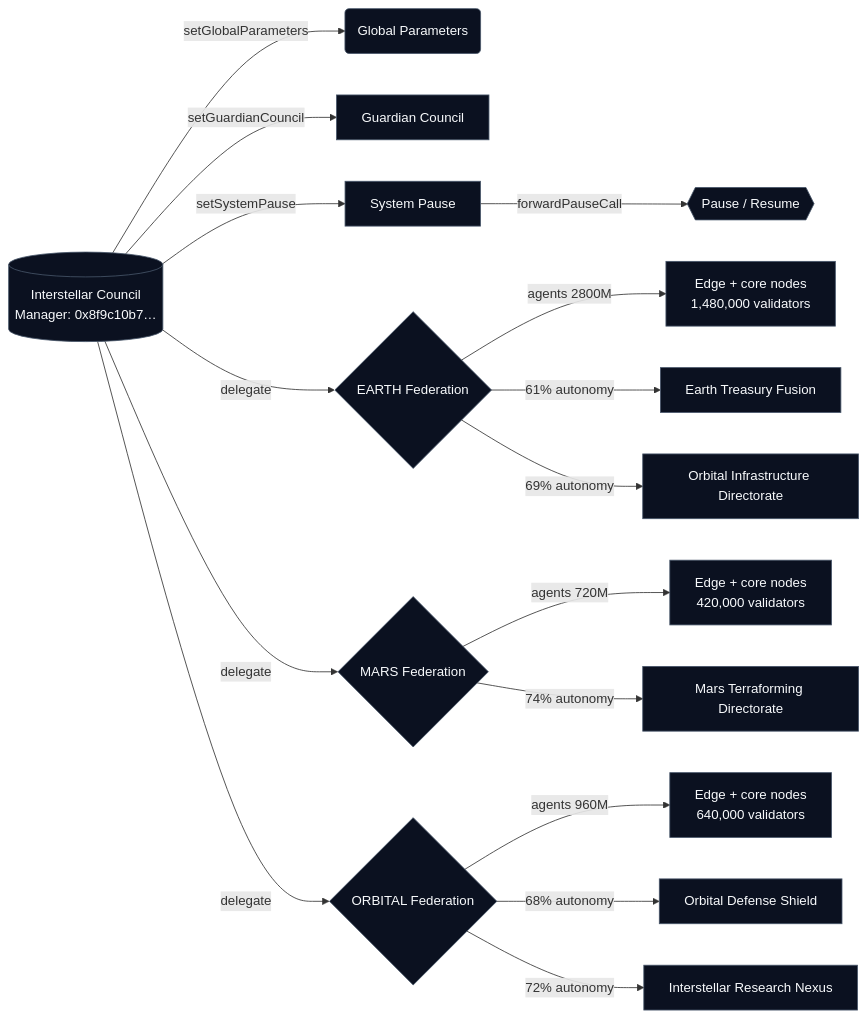
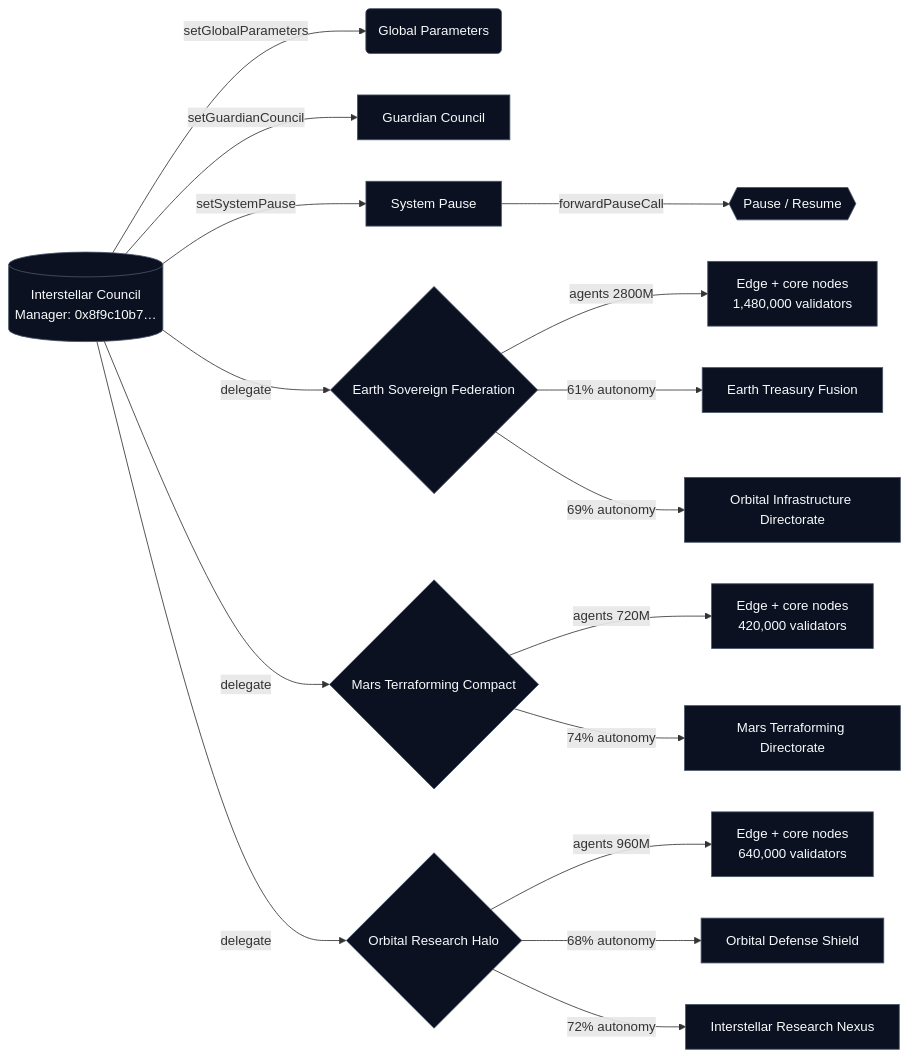
The diagram in demo/AGI-Jobs-Platform-at-Kardashev-II-Scale/output/kardashev-mermaid.mmd (MontrealAI/AGIJobsv0), drawn with Mermaid before and after one commit. The commit also changed 11 other files, not shown here.

```diff
--- a/demo/AGI-Jobs-Platform-at-Kardashev-II-Scale/output/kardashev-mermaid.mmd
+++ b/demo/AGI-Jobs-Platform-at-Kardashev-II-Scale/output/kardashev-mermaid.mmd
@@ -1,25 +1,25 @@
 %% Autogenerated by run-kardashev-demo.ts
 flowchart LR
   IC[(Interstellar Council\nManager: 0x8f9c10b7…)]
   IC -->|setGlobalParameters| GP(Global Parameters)
   IC -->|setGuardianCouncil| GC[Guardian Council]
   IC -->|setSystemPause| SP[System Pause]
   SP -->|forwardPauseCall| PAUSE{{Pause / Resume}}
-  IC -->|delegate| EARTH{EARTH Federation}
+  IC -->|delegate| EARTH{Earth Sovereign Federation}
   EARTH -->|agents 2800M| EARTH_AGENTS
   EARTH_AGENTS[Edge + core nodes\n1,480,000 validators]
   EARTH -->|61% autonomy| EARTH_ce4fee[Earth Treasury Fusion]
   EARTH -->|69% autonomy| EARTH_76f241[Orbital Infrastructure Directorate]
-  IC -->|delegate| MARS{MARS Federation}
+  IC -->|delegate| MARS{Mars Terraforming Compact}
   MARS -->|agents 720M| MARS_AGENTS
   MARS_AGENTS[Edge + core nodes\n420,000 validators]
   MARS -->|74% autonomy| MARS_2706c2[Mars Terraforming Directorate]
-  IC -->|delegate| ORBITAL{ORBITAL Federation}
+  IC -->|delegate| ORBITAL{Orbital Research Halo}
   ORBITAL -->|agents 960M| ORBITAL_AGENTS
   ORBITAL_AGENTS[Edge + core nodes\n640,000 validators]
   ORBITAL -->|68% autonomy| ORBITAL_864a5b[Orbital Defense Shield]
   ORBITAL -->|72% autonomy| ORBITAL_fc6a36[Interstellar Research Nexus]
   classDef council fill:#0f172a,stroke:#4c51bf,color:#f8fafc;
   classDef federation fill:#111c4e,stroke:#5a67d8,color:#f8fafc;
   classDef default fill:#0b1120,stroke:#475569,color:#f8fafc;
   %% Dominance Score: 90.0
```
